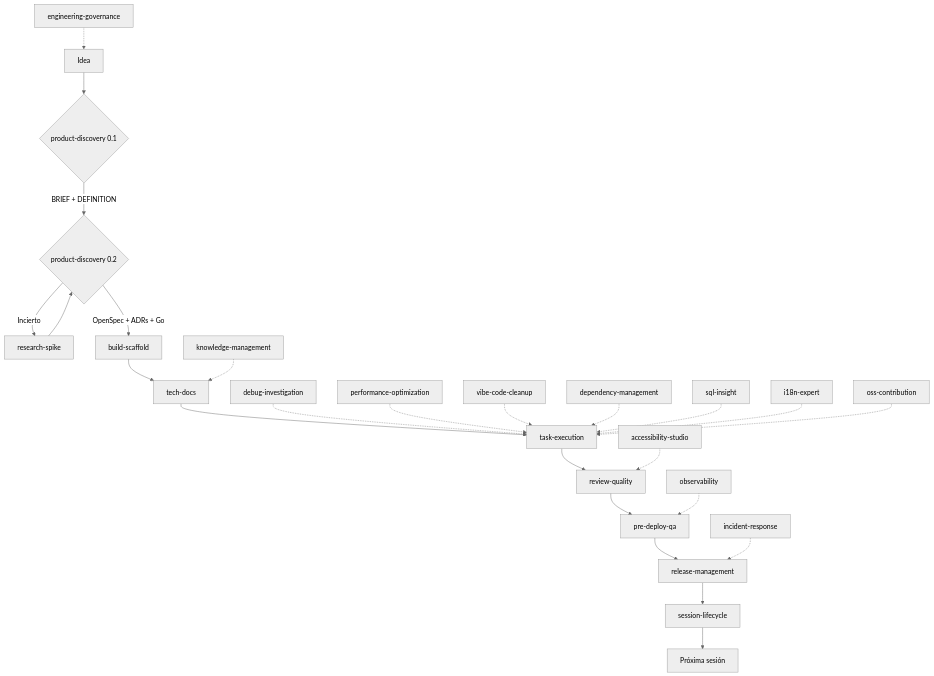
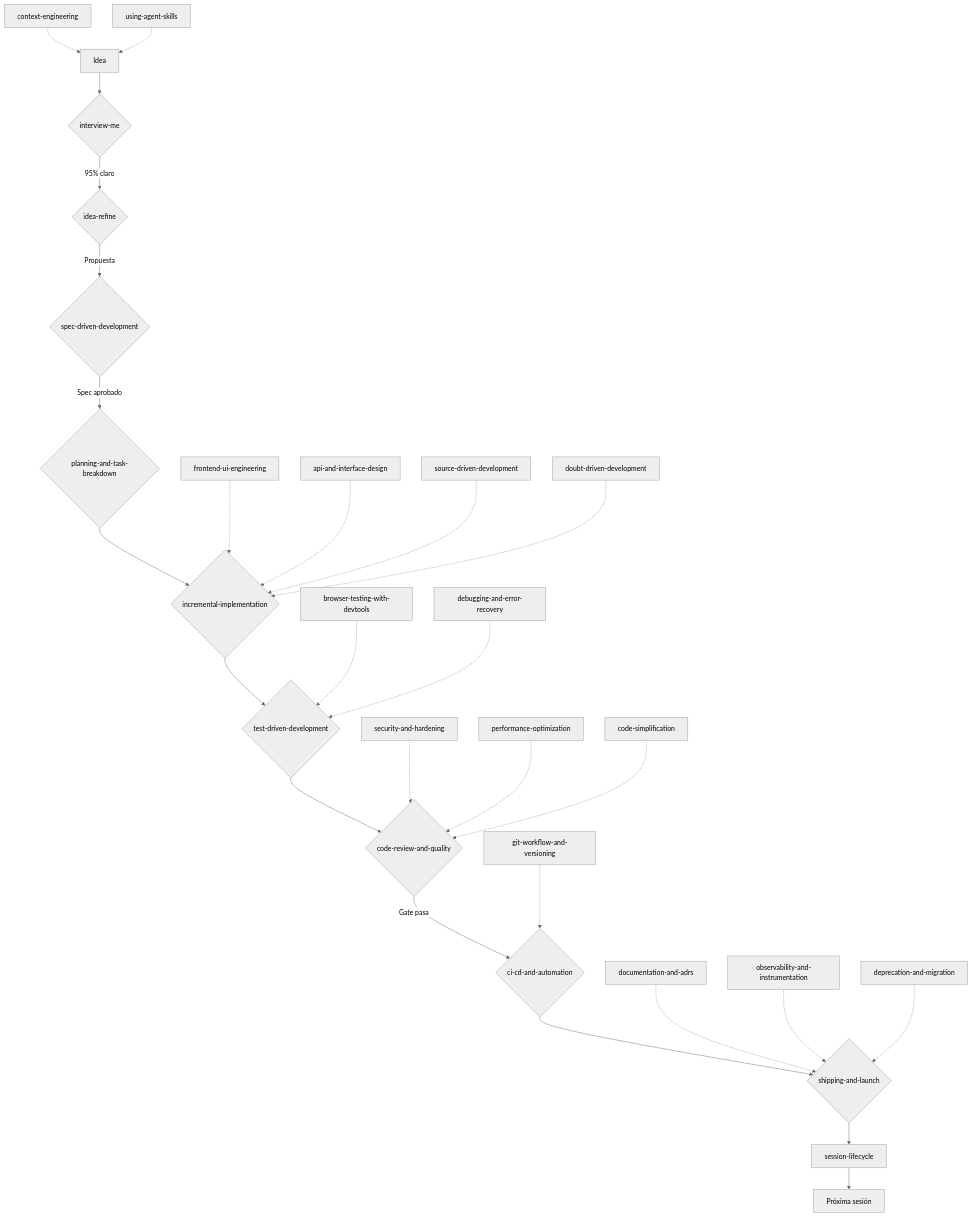
Before and after one commit to gonzoblasco/workspace_openclaw: the diagram in docs/kanam-product-pipeline.md, drawn with Mermaid (neutral theme). The commit also changed other lines of this file and 3 other files, not shown here.

First line of the commit message:
docs(pipeline): rewrite product pipeline with Addy skills, remove obsolete docs

````diff
--- a/docs/kanam-product-pipeline.md
+++ b/docs/kanam-product-pipeline.md
@@ -58,29 +86,31 @@
 ```mermaid
 graph TD
-    A[Idea] --> B1{product-discovery 0.1}
-    B1 -->|BRIEF + DEFINITION| B2{product-discovery 0.2}
-    B2 -->|Incierto| C[research-spike]
-    C --> B2
-    B2 -->|OpenSpec + ADRs + Go| D[build-scaffold]
-    D --> E[tech-docs]
-    E --> F[task-execution]
-    F --> G[review-quality]
-    G --> H[pre-deploy-qa]
-    H --> I[release-management]
+    A[Idea] --> B1{interview-me}
+    B1 -->|95% claro| B2{idea-refine}
+    B2 -->|Propuesta| C{spec-driven-development}
+    C -->|Spec aprobado| D{planning-and-task-breakdown}
+    D --> E{incremental-implementation}
+    E --> F{test-driven-development}
+    F --> G{code-review-and-quality}
+    G -->|Gate pasa| H{ci-cd-and-automation}
+    H --> I{shipping-and-launch}
     I --> J[session-lifecycle]
     J --> K[Próxima sesión]
 
-    %% Transversales
-    L[debug-investigation] -.-> F
-    M[performance-optimization] -.-> F
-    N[vibe-code-cleanup] -.-> F
-    O[dependency-management] -.-> F
-    P[sql-insight] -.-> F
-    Q[i18n-expert] -.-> F
-    R[accessibility-studio] -.-> G
-    S[observability] -.-> H
-    T[incident-response] -.-> I
-    U[engineering-governance] -.-> A
-    V[knowledge-management] -.-> E
-    W[oss-contribution] -.-> F
+    %% Build transversal
+    L[frontend-ui-engineering] -.-> E
+    M[api-and-interface-design] -.-> E
+    N[source-driven-development] -.-> E
+    O[doubt-driven-development] -.-> E
+    P[browser-testing-with-devtools] -.-> F
+    Q[debugging-and-error-recovery] -.-> F
+    R[security-and-hardening] -.-> G
+    S[performance-optimization] -.-> G
+    T[code-simplification] -.-> G
+    U[documentation-and-adrs] -.-> I
+    V[observability-and-instrumentation] -.-> I
+    W[deprecation-and-migration] -.-> I
+    X[git-workflow-and-versioning] -.-> H
+    Y[context-engineering] -.-> A
+    Z[using-agent-skills] -.-> A
 ```
````
